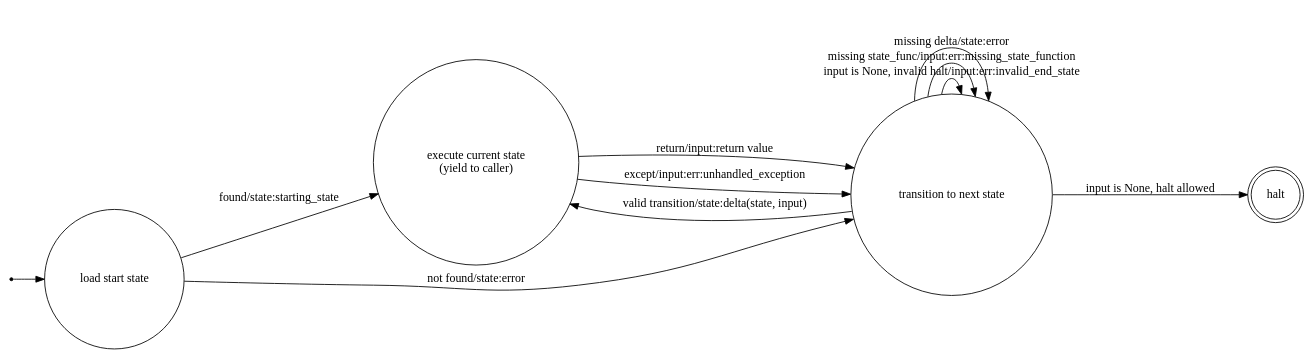
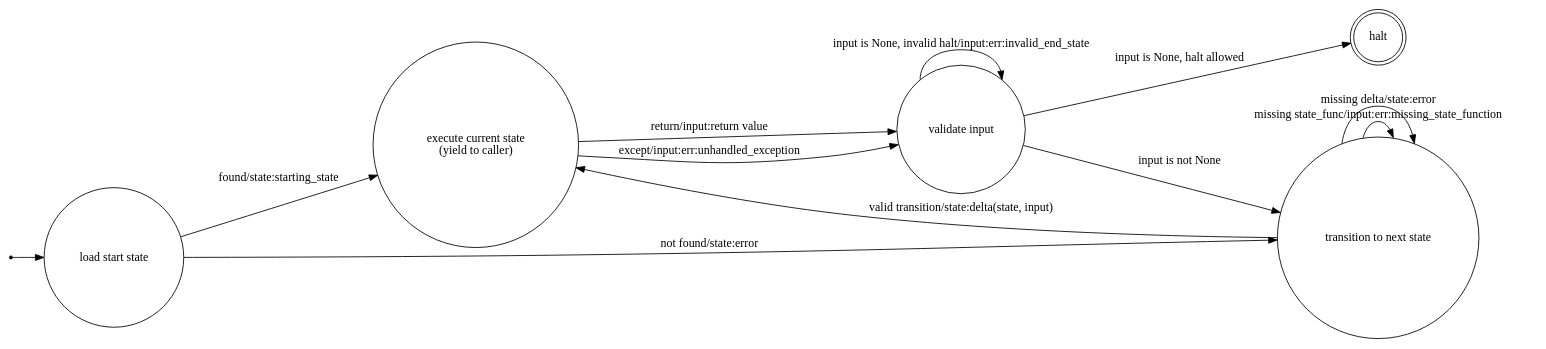
Before and after one commit to mbr/twentyfive: the diagram in exec.dot, drawn with Graphviz.

Commit message:
Introduced intermediate state for input parsing.

```diff
--- a/exec.dot
+++ b/exec.dot
@@ -1,20 +1,22 @@
 digraph {
   rankdir=LR;
   node [shape = point ];
   qi;
   node [shape = circle];
   qi -> start;
   start [label="load start state"];
   exec [label="execute current state\n(yield to caller)"];
   transition [label="transition to next state"];
+  input [label="validate input"];
   halt [shape=doublecircle];
   start -> transition [label="not found/state:error"];
   start -> exec [label="found/state:starting_state"];
-  exec -> transition [label="return/input:return value"];
-  exec -> transition [label="except/input:err:unhandled_exception"];
-  transition -> halt [label="input is None, halt allowed"];
-  transition -> transition [label="input is None, invalid halt/input:err:invalid_end_state"];
+  exec -> input [label="return/input:return value"];
+  exec -> input [label="except/input:err:unhandled_exception"];
+  input -> halt [label="input is None, halt allowed"];
+  input -> input [label="input is None, invalid halt/input:err:invalid_end_state"];
+  input -> transition [label="input is not None"];
+  transition -> transition [label="missing state_func/input:err:missing_state_function"];
   transition -> exec [label="valid transition/state:delta(state, input)"];
-  transition -> transition [label="missing state_func/input:err:missing_state_function"];
   transition -> transition [label="missing delta/state:error"];
 }
```
